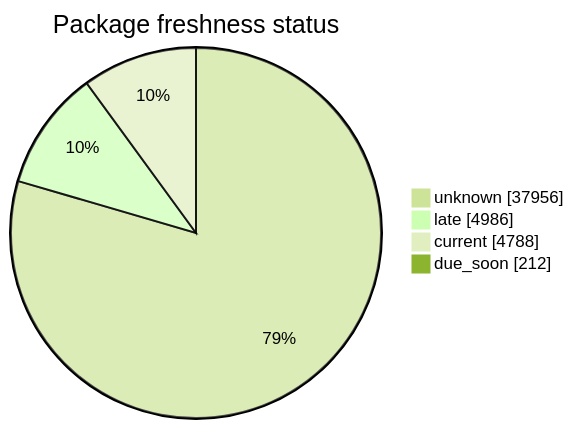
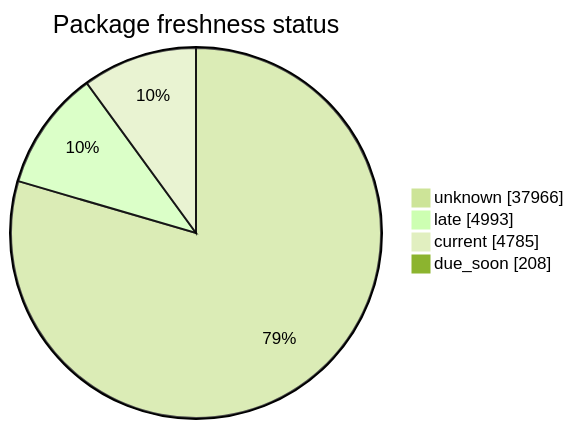
One commit to open-data/analytics-corporate-reporting changed the second of 5 diagrams in FreshCheck/README.md. Above: the diagram before and after it, drawn with Mermaid (forest theme). The commit also changed other lines of this file and 3 other files, not shown here.

````diff
--- a/FreshCheck/README.md
+++ b/FreshCheck/README.md
@@ -68,7 +68,7 @@
 ```mermaid
 pie showData title Package freshness status
-    "unknown": 37956
-    "late": 4986
-    "current": 4788
-    "due_soon": 212
+    "unknown": 37966
+    "late": 4993
+    "current": 4785
+    "due_soon": 208
 ```
````
